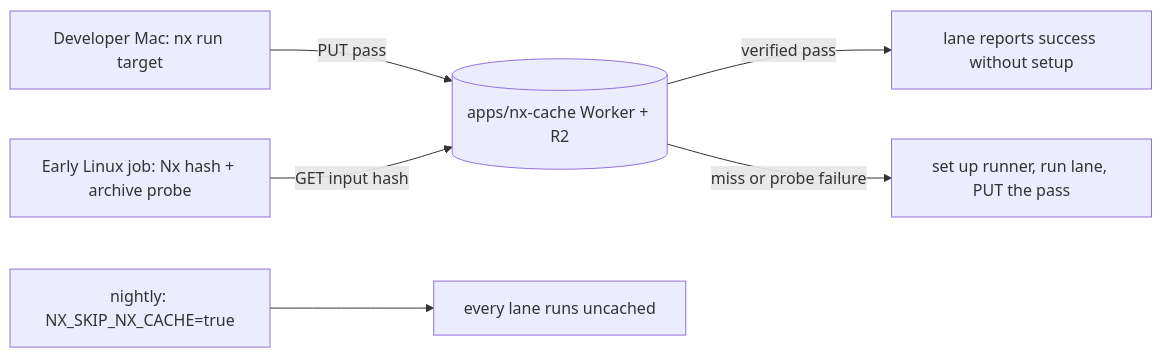
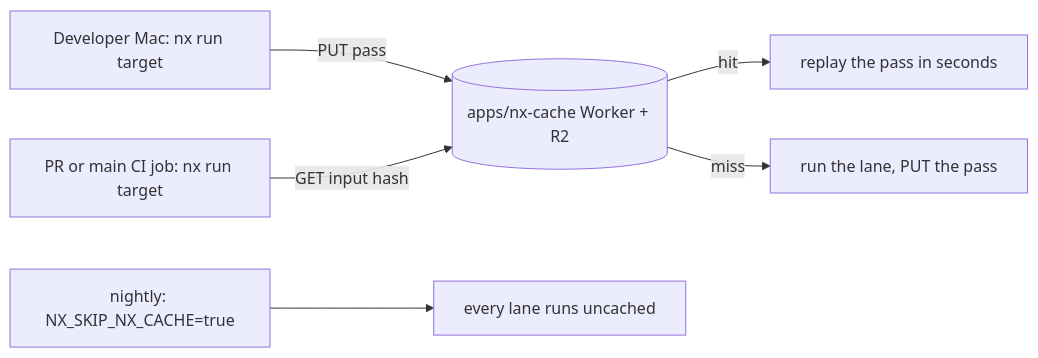
One commit to nickysemenza/cubby changed the diagram in docs/ci.md. Above: the diagram before and after it, drawn with Mermaid. The commit also changed other lines of this file and 3 other files, not shown here.

First line of the commit message:
ci: simplify setup and remove custom cache probing

````diff
--- a/docs/ci.md
+++ b/docs/ci.md
@@ -33,8 +33,8 @@
 ```mermaid
 flowchart LR
   Mac["Developer Mac: nx run target"] -->|PUT pass| Cache[("apps/nx-cache Worker + R2")]
-  Probe["Early Linux job: Nx hash + archive probe"] -->|GET input hash| Cache
-  Cache -->|verified pass| Replay["lane reports success without setup"]
-  Cache -->|miss or probe failure| Run["set up runner, run lane, PUT the pass"]
+  Job["PR or main CI job: nx run target"] -->|GET input hash| Cache
+  Cache -->|hit| Replay["replay the pass in seconds"]
+  Cache -->|miss| Run["run the lane, PUT the pass"]
   Nightly["nightly: NX_SKIP_NX_CACHE=true"] --> Full["every lane runs uncached"]
 ```
````
